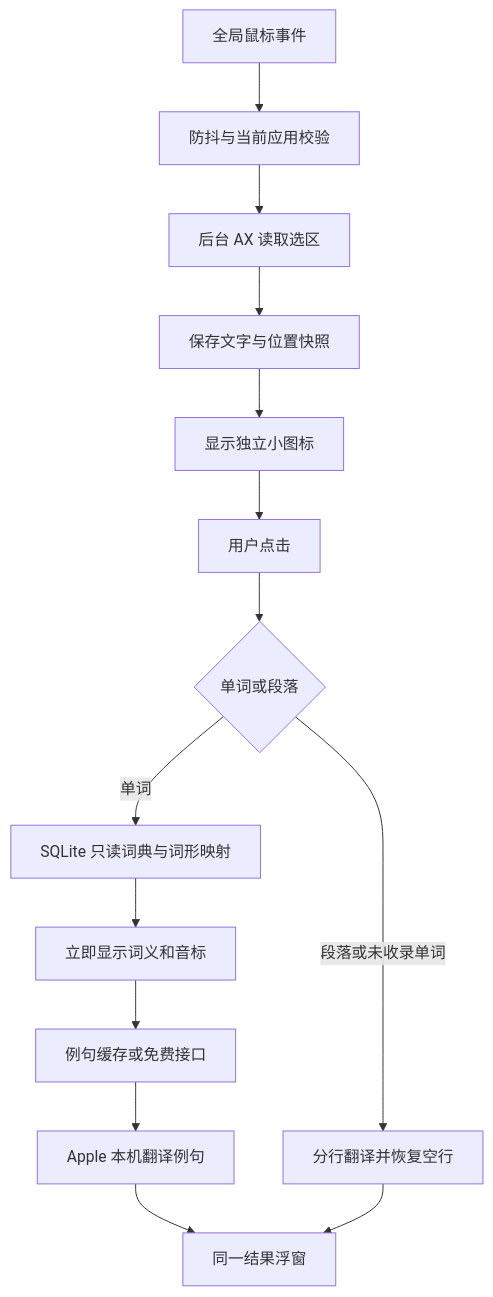
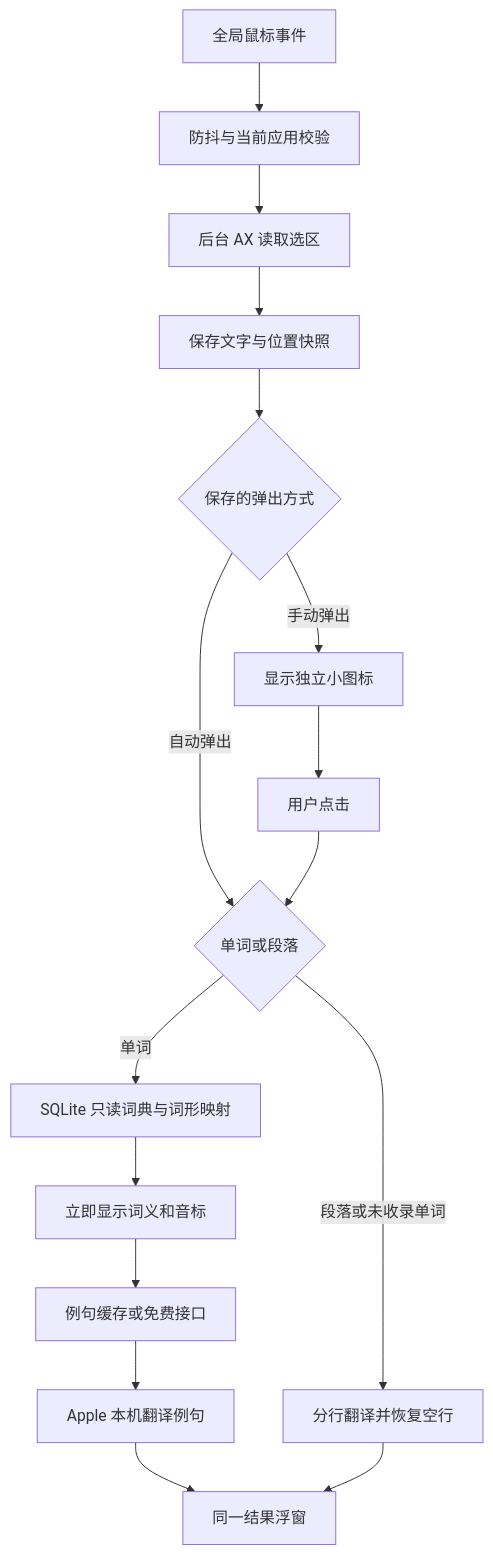
The diagram in docs/开发说明.md (hehaiquan/HyperTranslate), drawn with Mermaid before and after one commit. The commit also changed other lines of this file and 13 other files, not shown here.

````diff
--- a/docs/开发说明.md
+++ b/docs/开发说明.md
@@ -32,16 +37,18 @@
 ```mermaid
 flowchart TD
     A[全局鼠标事件] --> B[防抖与当前应用校验]
     B --> C[后台 AX 读取选区]
     C --> D[保存文字与位置快照]
-    D --> E[显示独立小图标]
+    D --> P{保存的弹出方式}
+    P -->|手动弹出| E[显示独立小图标]
     E --> F[用户点击]
-    F --> G{单词或段落}
+    P -->|自动弹出| G{单词或段落}
+    F --> G
     G -->|单词| H[SQLite 只读词典与词形映射]
     H --> I[立即显示词义和音标]
     I --> J[例句缓存或免费接口]
     J --> K[Apple 本机翻译例句]
     G -->|段落或未收录单词| L[分行翻译并恢复空行]
     K --> M[同一结果浮窗]
     L --> M
 ```
````
